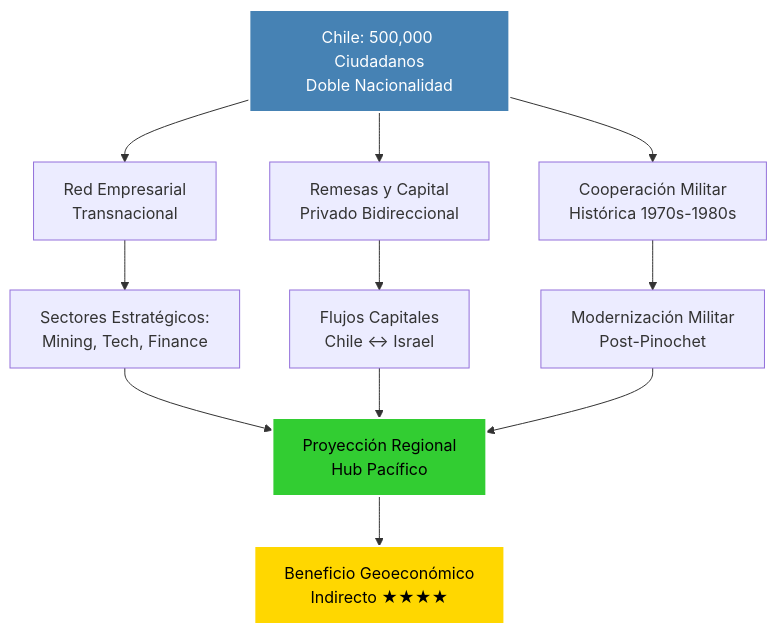
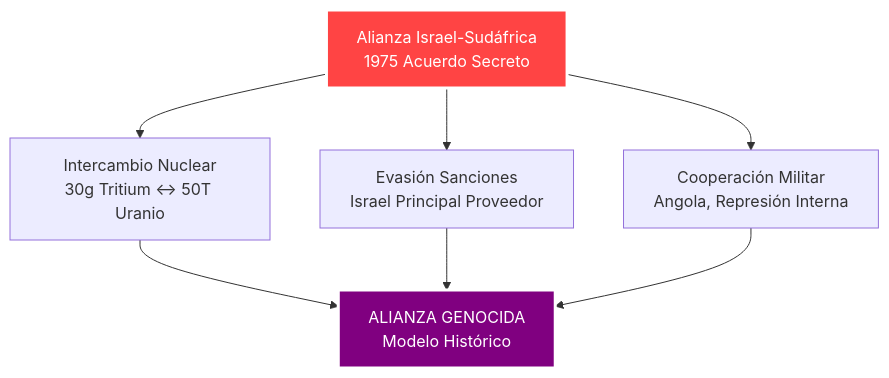
One commit to perpetuocambio/annotations changed diagram 16 of 54 in intel/israel_geopolitical_analysis.md. Above: the diagram before and after it, drawn with Mermaid. The commit also changed other lines of this file, not shown here.

````diff
--- a/intel/israel_geopolitical_analysis.md
+++ b/intel/israel_geopolitical_analysis.md
@@ -728,20 +547,9 @@
 ```mermaid
 flowchart TD
-    A[Chile: 500,000 Ciudadanos<br/>Doble Nacionalidad] --> B[Red Empresarial<br/>Transnacional]
-    A --> C[Remesas y Capital<br/>Privado Bidireccional]
-    A --> D[Cooperación Militar<br/>Histórica 1970s-1980s]
-
-    B --> E[Sectores Estratégicos:<br/>Mining, Tech, Finance]
-    C --> F[Flujos Capitales<br/>Chile ↔ Israel]
-    D --> G[Modernización Militar<br/>Post-Pinochet]
-
-    E --> H[Proyección Regional<br/>Hub Pacífico]
-    F --> H
-    G --> H
-
-    H --> I[Beneficio Geoeconómico<br/>Indirecto ★★★★]
-
-    style A fill:#4682b4,stroke:#fff,stroke-width:2px,color:#fff
-    style H fill:#32cd32,stroke:#fff,stroke-width:2px,color:#000
-    style I fill:#ffd700,stroke:#fff,stroke-width:2px,color:#000
+    A[Alianza Israel-Sudáfrica<br/>1975 Acuerdo Secreto] --> B[Intercambio Nuclear<br/>30g Tritium ↔ 50T Uranio]
+    A --> C[Evasión Sanciones<br/>Israel Principal Proveedor]
+    A --> D[Cooperación Militar<br/>Angola, Represión Interna]
+    B & C & D --> K[ALIANZA GENOCIDA<br/>Modelo Histórico]
+    style A fill:#ff4444,stroke:#fff,stroke-width:3px,color:#fff
+    style K fill:#800080,stroke:#fff,stroke-width:3px,color:#fff
 ```
````
